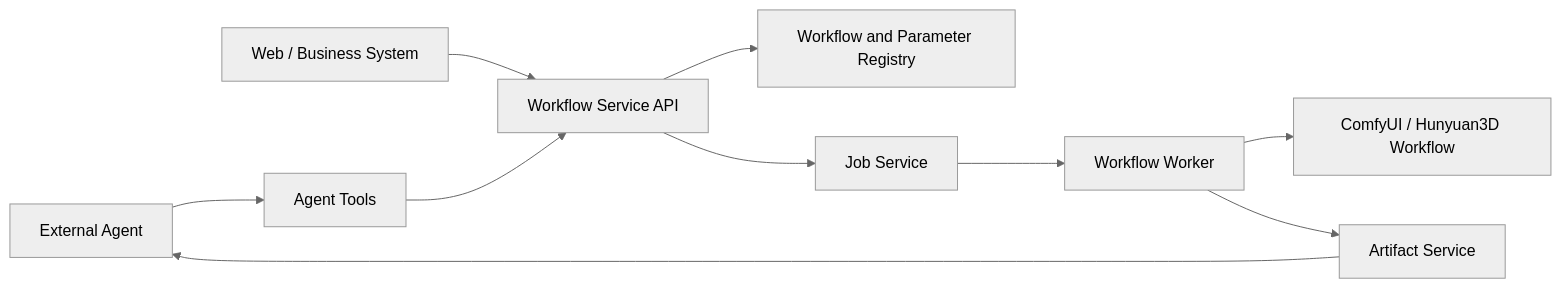
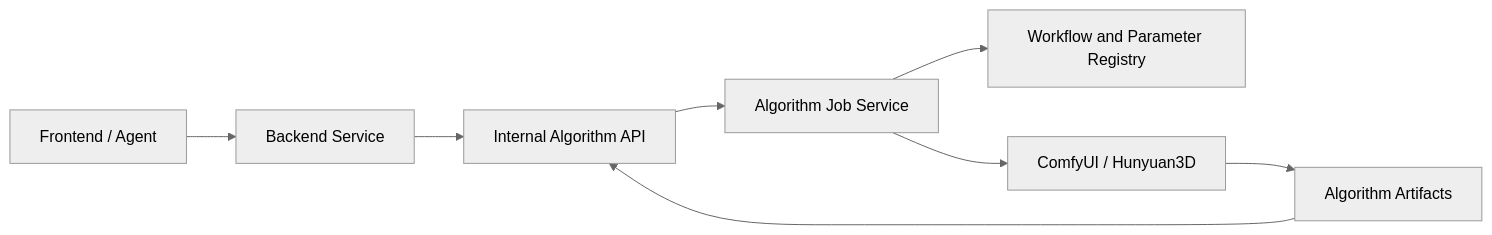
Before and after one commit to HuangBo6497/XE6-07: the diagram in docs/proposals/hunyuan3d-multiview-workflow-service.md, drawn with Mermaid (neutral theme). The commit also changed other lines of this file, not shown here.

Commit message:
docs: define Hunyuan3D algorithm service boundary

````diff
--- a/docs/proposals/hunyuan3d-multiview-workflow-service.md
+++ b/docs/proposals/hunyuan3d-multiview-workflow-service.md
@@ -84,12 +45,10 @@
 ```mermaid
 flowchart LR
-    A[External Agent] --> T[Agent Tools]
-    B[Web / Business System] --> API[Workflow Service API]
-    T --> API
-    API --> R[Workflow and Parameter Registry]
-    API --> J[Job Service]
-    J --> W[Workflow Worker]
-    W --> C[ComfyUI / Hunyuan3D Workflow]
-    W --> O[Artifact Service]
-    O --> A
+    F[Frontend / Agent] --> B[Backend Service]
+    B --> API[Internal Algorithm API]
+    API --> J[Algorithm Job Service]
+    J --> R[Workflow and Parameter Registry]
+    J --> C[ComfyUI / Hunyuan3D]
+    C --> O[Algorithm Artifacts]
+    O --> API
 ```
````
